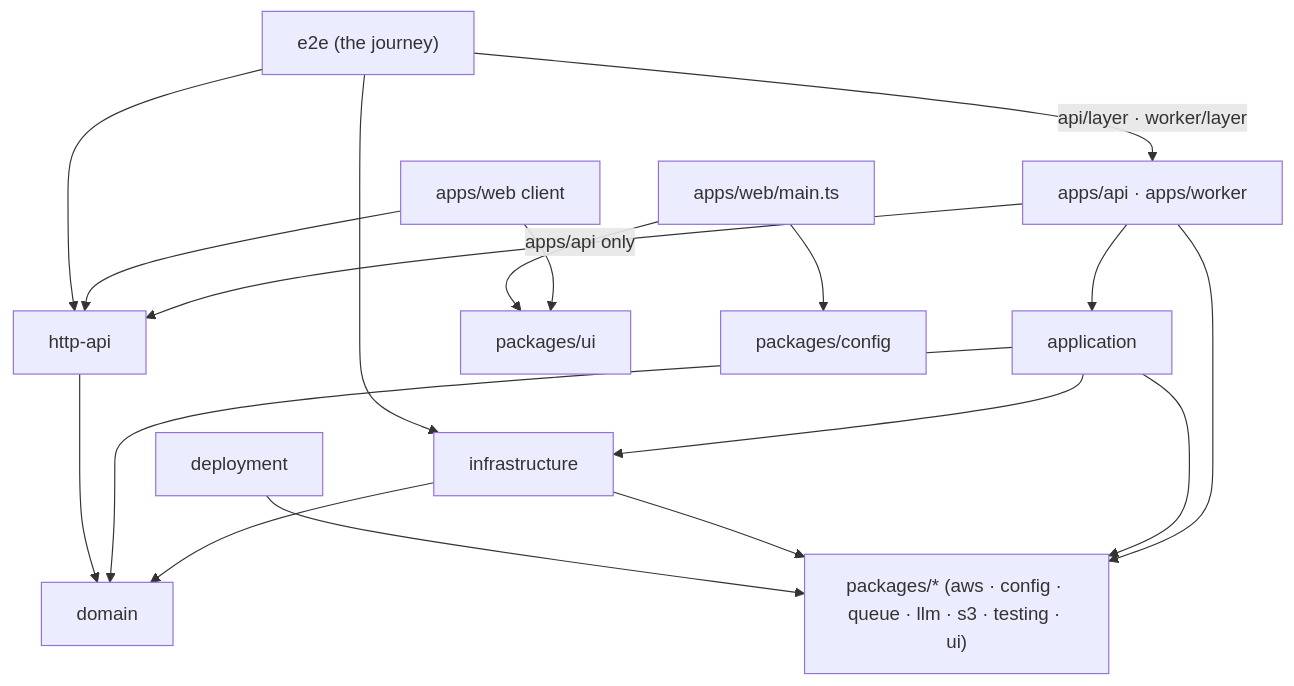
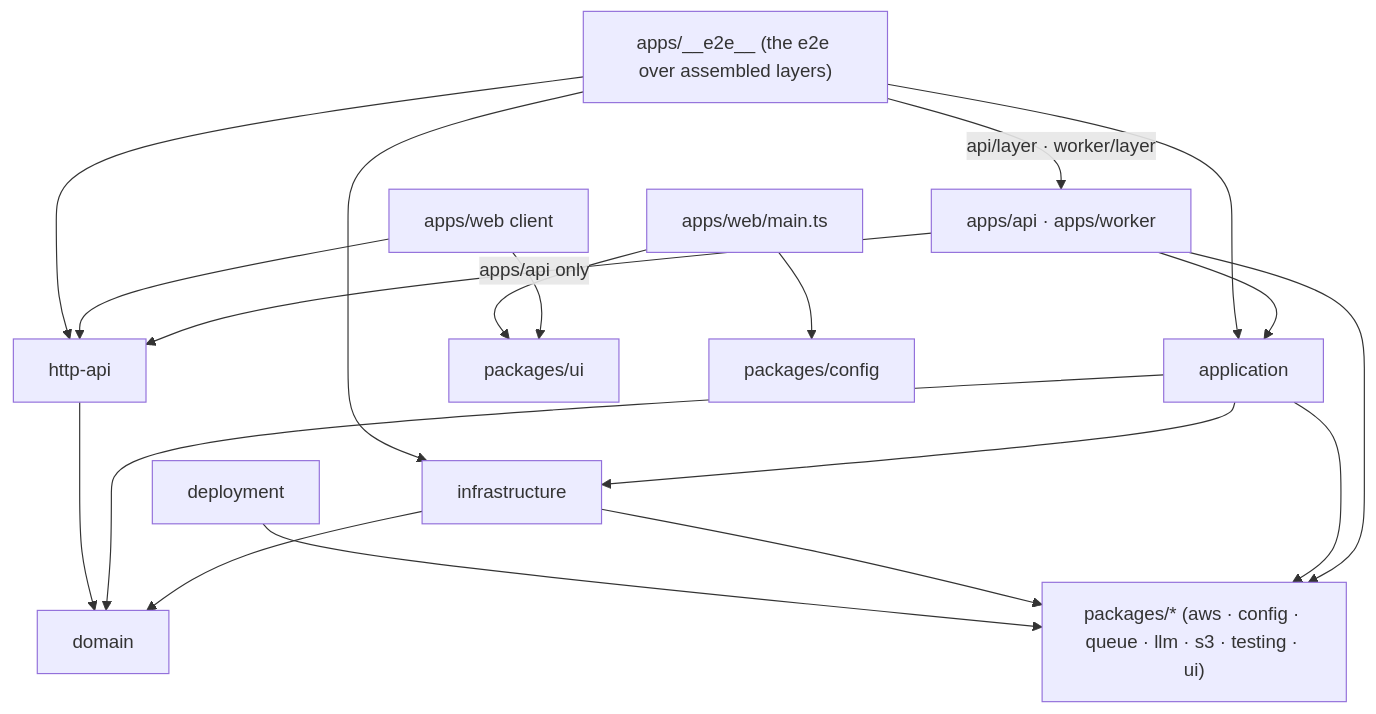
Before and after one commit to khotei/app-template: the diagram in docs/knowledge/architecture.md, drawn with Mermaid. The commit also changed other lines of this file and 132 other files, not shown here.

````diff
--- a/docs/knowledge/architecture.md
+++ b/docs/knowledge/architecture.md
@@ -12,20 +12,21 @@
 ```mermaid
 graph TD
   apps["apps/api · apps/worker"] --> application
   application --> infrastructure
   infrastructure --> domain
   application --> domain
   apps -->|"apps/api only"| httpApi["http-api"]
   httpApi --> domain
   apps --> packages["packages/* (aws · config · queue · llm · s3 · testing · ui)"]
   application --> packages
   infrastructure --> packages
   web["apps/web client"] --> httpApi
   web --> ui["packages/ui"]
   webMain["apps/web/main.ts"] --> ui
   webMain --> config["packages/config"]
   deployment --> packages
-  e2e["e2e (the journey)"] -->|"api/layer · worker/layer"| apps
+  e2e["apps/__e2e__ (the e2e over assembled layers)"] -->|"api/layer · worker/layer"| apps
   e2e --> httpApi
+  e2e --> application
   e2e --> infrastructure
 ```
````
